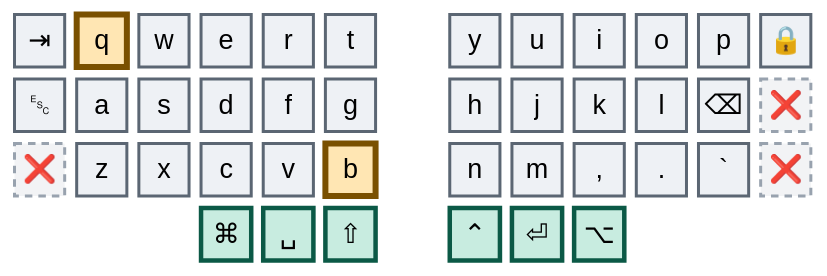
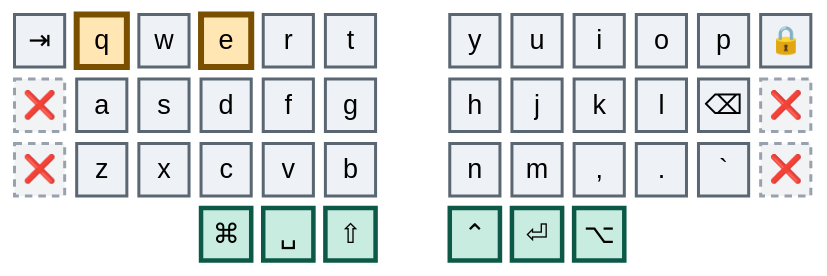
Diagram 12 of 41 in combos.md (abloch/zmk-corne), drawn with Mermaid before and after one commit. The commit also changed other lines of this file and 5 other files, not shown here.

````diff
--- a/combos.md
+++ b/combos.md
@@ -315,21 +317,21 @@
 ```mermaid
 %%{init: {'theme':'base','themeVariables':{'primaryColor':'#eef1f5','primaryTextColor':'#0b0f14','primaryBorderColor':'#5b6673','nodeTextColor':'#0b0f14','textColor':'#0b0f14','mainBkg':'#eef1f5','fontSize':'18px'}}}%%
 block
 columns 13
 
   tab["⇥"] q w e r t space y u i o p lock["🔒"]
-  esc["␛"] a s d f g space h j k l bspc["⌫"] x1["❌"]
+  x4["❌"] a s d f g space h j k l bspc["⌫"] x1["❌"]
   x2["❌"] z x c v b space n m cma[","] dot["."] grv[" `"] x3["❌"]
   space:3 cmd["⌘"] spc["␣"] sft["⇧"] space ctl["⌃"] ent["⏎"] alt["⌥"] space:3
 
   classDef anchor fill:#bfe6f0,stroke:#0a4f63,stroke-width:4px,color:#04222b
   classDef trig fill:#ffe6b3,stroke:#7a5000,stroke-width:4px,color:#2e1e00
   classDef core fill:#eef1f5,stroke:#5b6673,stroke-width:2px,color:#0b0f14
   classDef thumb fill:#c8ece0,stroke:#0b5946,stroke-width:3px,color:#06241c
   classDef dead fill:#f2f3f5,stroke:#98a2ae,stroke-width:2px,stroke-dasharray:5 4,color:#5b6673
 
-  class q,b trig
-  class tab,w,e,r,t,y,u,i,o,p,lock,esc,a,s,d,f,g,h,j,k,l,bspc,z,x,c,v,n,m,cma,dot,grv core
+  class q,e trig
+  class tab,w,r,t,y,u,i,o,p,lock,a,s,d,f,g,h,j,k,l,bspc,z,x,c,v,b,n,m,cma,dot,grv core
   class cmd,spc,sft,ctl,ent,alt thumb
-  class x1,x2,x3 dead
+  class x1,x2,x3,x4 dead
 ```
````
